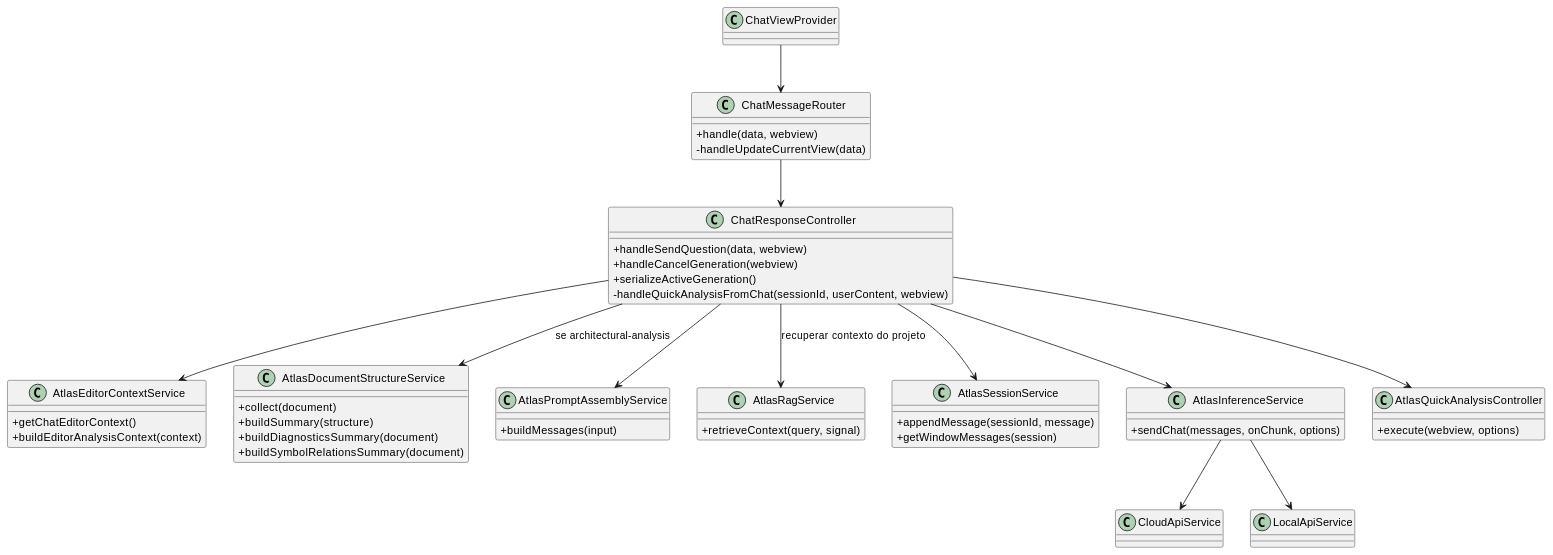
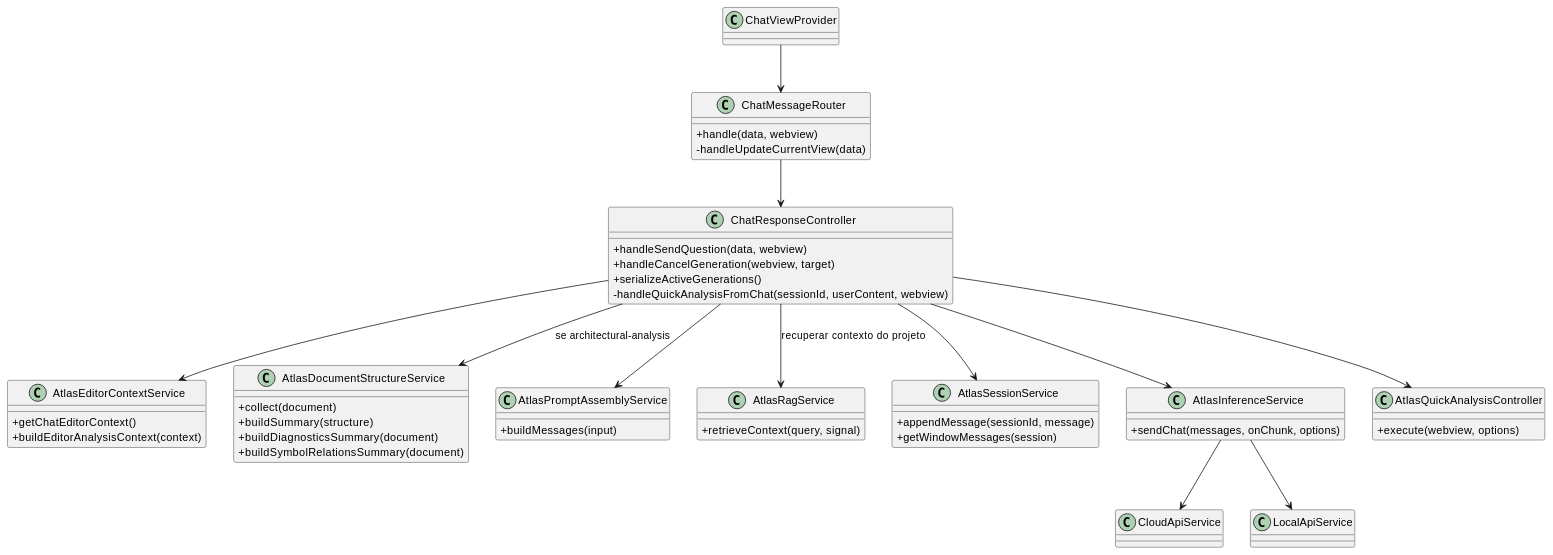
The first of 43 diagrams in docs/plantuml-diagramas-por-caso-de-uso-atlas.md (JVictorVI/ATLAS), drawn with PlantUML before and after one commit. The commit also changed other lines of this file and 12 other files, not shown here.

````diff
--- a/docs/plantuml-diagramas-por-caso-de-uso-atlas.md
+++ b/docs/plantuml-diagramas-por-caso-de-uso-atlas.md
@@ -23,58 +14,58 @@
 ```plantuml
 @startuml
 skinparam shadowing false
 skinparam classAttributeIconSize 0
 
 class ChatViewProvider
 class ChatMessageRouter {
   +handle(data, webview)
   -handleUpdateCurrentView(data)
 }
 class ChatResponseController {
   +handleSendQuestion(data, webview)
-  +handleCancelGeneration(webview)
-  +serializeActiveGeneration()
+  +handleCancelGeneration(webview, target)
+  +serializeActiveGenerations()
   -handleQuickAnalysisFromChat(sessionId, userContent, webview)
 }
 class AtlasEditorContextService {
   +getChatEditorContext()
   +buildEditorAnalysisContext(context)
 }
 class AtlasDocumentStructureService {
   +collect(document)
   +buildSummary(structure)
   +buildDiagnosticsSummary(document)
   +buildSymbolRelationsSummary(document)
 }
 class AtlasPromptAssemblyService {
   +buildMessages(input)
 }
 class AtlasRagService {
   +retrieveContext(query, signal)
 }
 class AtlasSessionService {
   +appendMessage(sessionId, message)
   +getWindowMessages(session)
 }
 class AtlasInferenceService {
   +sendChat(messages, onChunk, options)
 }
 class AtlasQuickAnalysisController {
   +execute(webview, options)
 }
 class CloudApiService
 class LocalApiService
 
 ChatViewProvider --> ChatMessageRouter
 ChatMessageRouter --> ChatResponseController
 ChatResponseController --> AtlasEditorContextService
 ChatResponseController --> AtlasDocumentStructureService : se architectural-analysis
 ChatResponseController --> AtlasRagService : recuperar contexto do projeto
 ChatResponseController --> AtlasPromptAssemblyService
 ChatResponseController --> AtlasSessionService
 ChatResponseController --> AtlasInferenceService
 ChatResponseController --> AtlasQuickAnalysisController
 AtlasInferenceService --> CloudApiService
 AtlasInferenceService --> LocalApiService
 @enduml
 ```
````
